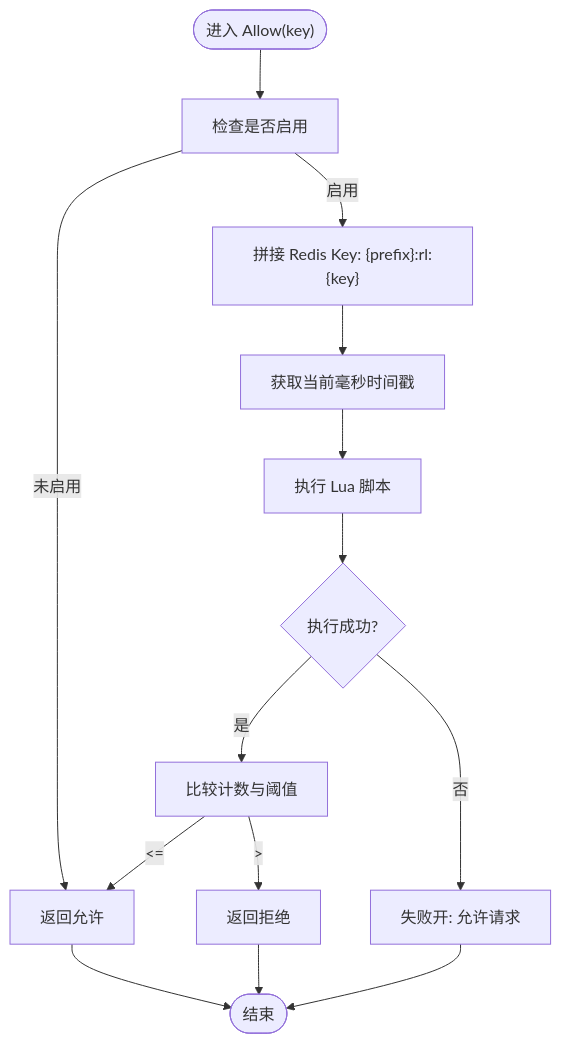
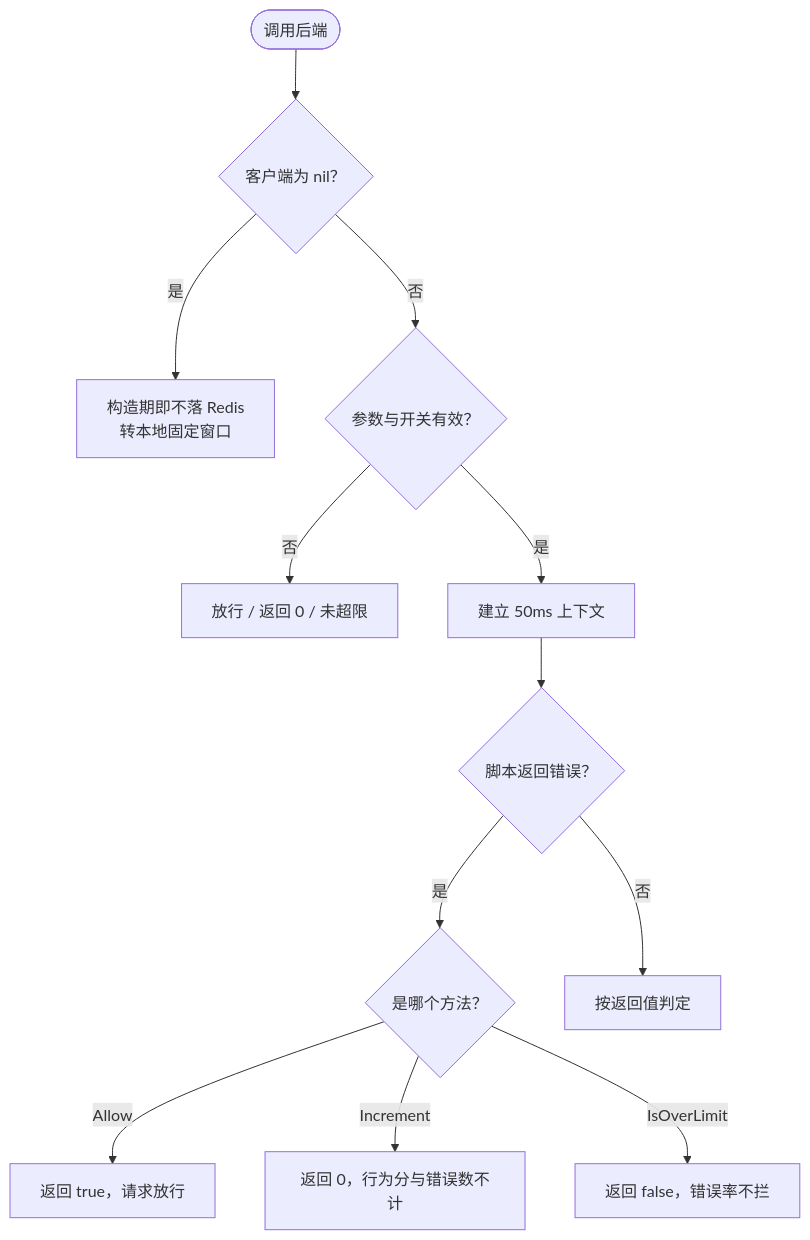
The fourth of 5 diagrams in docs/安全防护功能/速率限制机制/分布式滑动窗口限流.md (x01n/My-OpenWaf), drawn with Mermaid before and after one commit. The commit also changed other lines of this file and 622 other files, not shown here.

````diff
--- a/docs/安全防护功能/速率限制机制/分布式滑动窗口限流.md
+++ b/docs/安全防护功能/速率限制机制/分布式滑动窗口限流.md
@@ -131,16 +343,14 @@
 ```mermaid
 flowchart TD
-Start(["进入 Allow(key)"]) --> CheckEnabled["检查是否启用"]
-CheckEnabled --> |未启用| Allow["返回允许"]
-CheckEnabled --> |启用| BuildKey["拼接 Redis Key: {prefix}:rl:{key}"]
-BuildKey --> Now["获取当前毫秒时间戳"]
-Now --> Script["执行 Lua 脚本"]
-Script --> ExecOK{"执行成功?"}
-ExecOK --> |否| FailOpen["失败开: 允许请求"]
-ExecOK --> |是| Compare["比较计数与阈值"]
-Compare --> |<=| Allow
-Compare --> |>| Deny["返回拒绝"]
-Allow --> End(["结束"])
-Deny --> End
-FailOpen --> End
+    A(["调用后端"]) --> B{"客户端为 nil？"}
+    B --> |是| B1["构造期即不落 Redis<br/>转本地固定窗口"]
+    B --> |否| C{"参数与开关有效？"}
+    C --> |否| Y["放行 / 返回 0 / 未超限"]
+    C --> |是| D["建立 50ms 上下文"]
+    D --> E{"脚本返回错误？"}
+    E --> |是| F{"是哪个方法？"}
+    F --> |Allow| G["返回 true，请求放行"]
+    F --> |Increment| H["返回 0，行为分与错误数不计"]
+    F --> |IsOverLimit| I["返回 false，错误率不拦"]
+    E --> |否| J["按返回值判定"]
 ```
````
